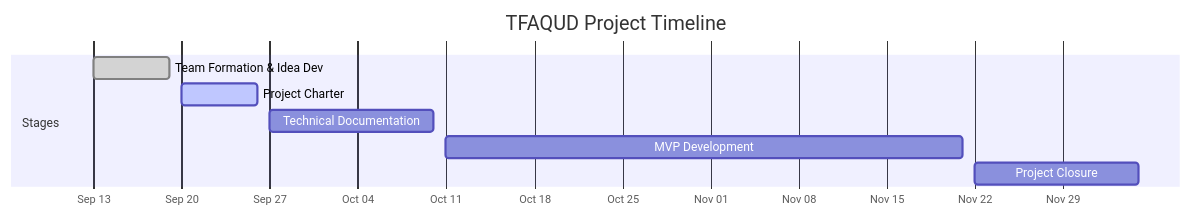
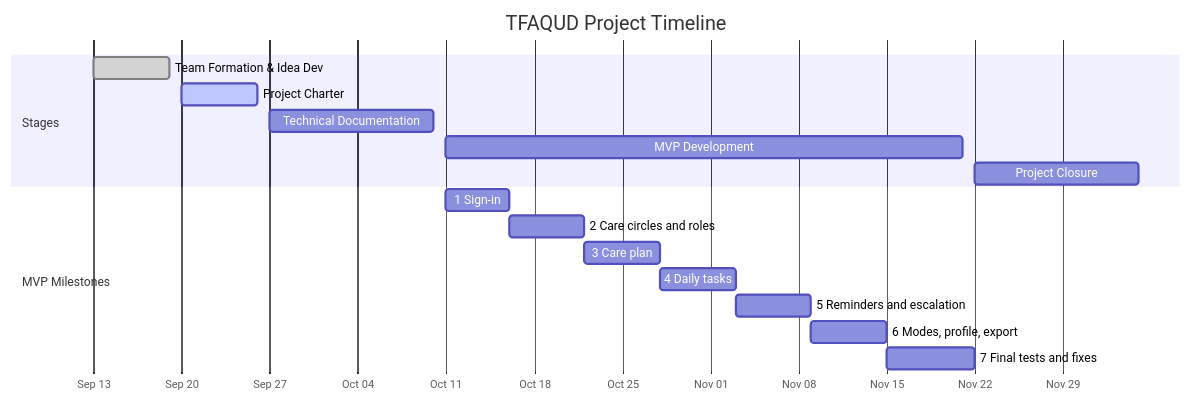
The diagram in docs/project-charter.md (Alanoud-Aloraydi/TFAQUD-Portfolio), drawn with Mermaid before and after one commit. The commit also changed other lines of this file, not shown here.

First line of the commit message:
docs(stage2): update charter for care circles and SMART objectives

````diff
--- a/docs/project-charter.md
+++ b/docs/project-charter.md
@@ -81,13 +82,21 @@
 ```mermaid
 gantt
     title TFAQUD Project Timeline
     dateFormat  YYYY-MM-DD
     axisFormat  %b %d
     todayMarker on
     section Stages
     Team Formation & Idea Dev   :done, s1, 2026-09-13, 2026-09-19
     Project Charter             :active, s2, 2026-09-20, 2026-09-26
     Technical Documentation     :s3, 2026-09-27, 2026-10-10
     MVP Development             :s4, 2026-10-11, 2026-11-21
     Project Closure             :s5, 2026-11-22, 2026-12-05
+    section MVP Milestones
+    1 Sign-in                   :m1, 2026-10-11, 5d
+    2 Care circles and roles    :m2, after m1, 6d
+    3 Care plan                 :m3, after m2, 6d
+    4 Daily tasks               :m4, after m3, 6d
+    5 Reminders and escalation  :m5, after m4, 6d
+    6 Modes, profile, export    :m6, after m5, 6d
+    7 Final tests and fixes     :m7, after m6, 7d
 ```
````
